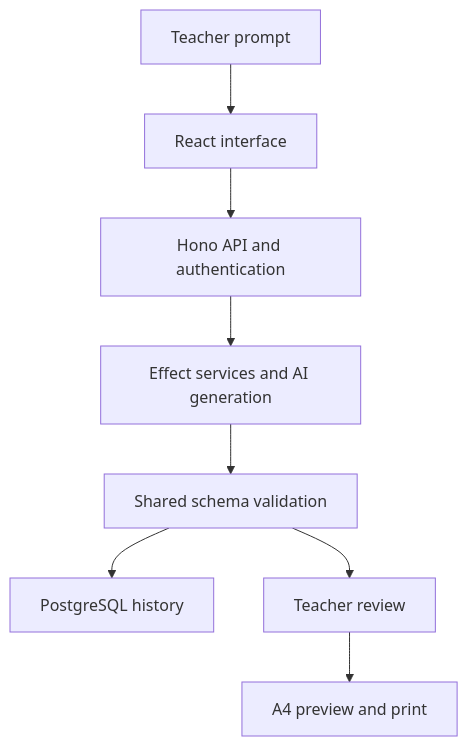
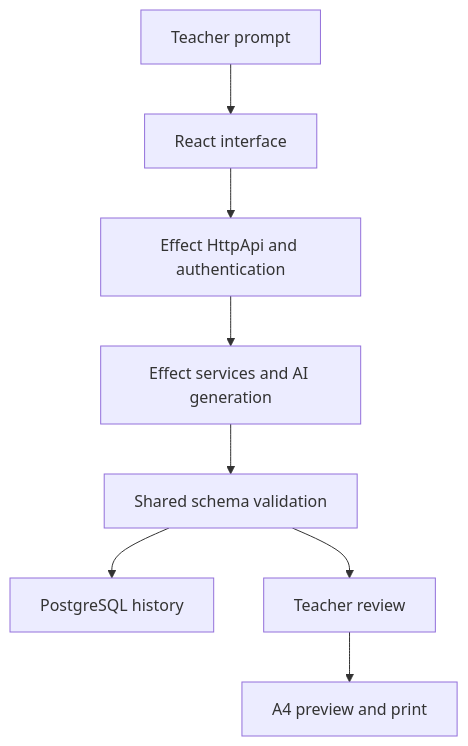
One commit to naufaldi/personal-web-2025 changed the diagram in src/content/projects/teacher-exam.md. Above: the diagram before and after it, drawn with Mermaid. The commit also changed other lines of this file and 18 other files, not shown here.

````diff
--- a/src/content/projects/teacher-exam.md
+++ b/src/content/projects/teacher-exam.md
@@ -46,10 +46,10 @@
 ```mermaid
 flowchart TD
   Teacher[Teacher prompt] --> Web[React interface]
-  Web --> API[Hono API and authentication]
+  Web --> API[Effect HttpApi and authentication]
   API --> Generation[Effect services and AI generation]
   Generation --> Validation[Shared schema validation]
   Validation --> DB[PostgreSQL history]
   Validation --> Review[Teacher review]
   Review --> Print[A4 preview and print]
 ```
````
